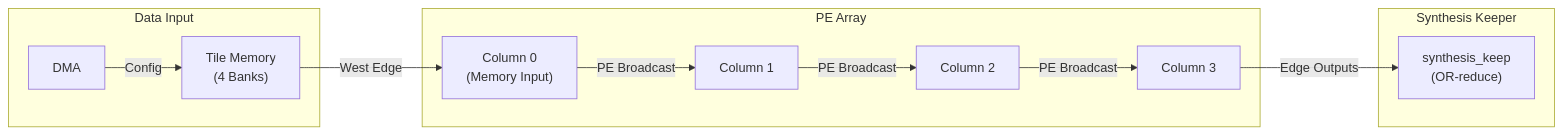
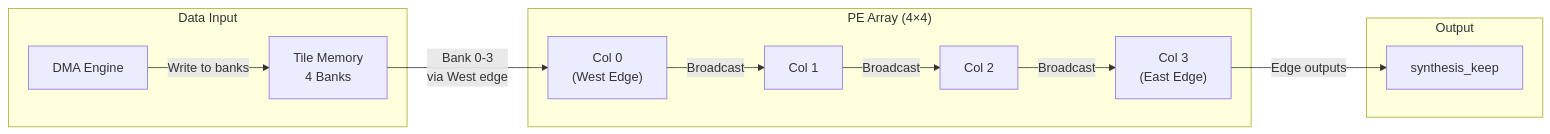
One commit to vinniny/CGRA_project changed the third of 3 diagrams in 02_test/cgra_block_diagram.md. Above: the diagram before and after it, drawn with Mermaid. The commit also changed other lines of this file, not shown here.

Commit message:
diagram update

````diff
--- a/02_test/cgra_block_diagram.md
+++ b/02_test/cgra_block_diagram.md
@@ -144,25 +205,25 @@
 ```mermaid
 flowchart LR
     subgraph INPUT["Data Input"]
-        DMA["DMA"]
-        TILEMEM["Tile Memory<br/>(4 Banks)"]
+        DMA["DMA Engine"]
+        TILE["Tile Memory<br/>4 Banks"]
     end
     
-    subgraph COMPUTE["PE Array"]
-        COL0["Column 0<br/>(Memory Input)"]
-        COL1["Column 1"]
-        COL2["Column 2"]
-        COL3["Column 3"]
+    subgraph ARRAY["PE Array (4×4)"]
+        COL0["Col 0<br/>(West Edge)"]
+        COL1["Col 1"]
+        COL2["Col 2"]
+        COL3["Col 3<br/>(East Edge)"]
     end
     
-    subgraph OUTPUT["Synthesis Keeper"]
-        SYNTH["synthesis_keep<br/>(OR-reduce)"]
+    subgraph OUTPUT["Output"]
+        SYNTH["synthesis_keep"]
     end
     
-    DMA -->|"Config"| TILEMEM
-    TILEMEM -->|"West Edge"| COL0
-    COL0 -->|"PE Broadcast"| COL1
-    COL1 -->|"PE Broadcast"| COL2
-    COL2 -->|"PE Broadcast"| COL3
-    COL3 -->|"Edge Outputs"| SYNTH
+    DMA -->|"Write to banks"| TILE
+    TILE -->|"Bank 0-3<br/>via West edge"| COL0
+    COL0 -->|"Broadcast"| COL1
+    COL1 -->|"Broadcast"| COL2
+    COL2 -->|"Broadcast"| COL3
+    COL3 -->|"Edge outputs"| SYNTH
 ```
````
